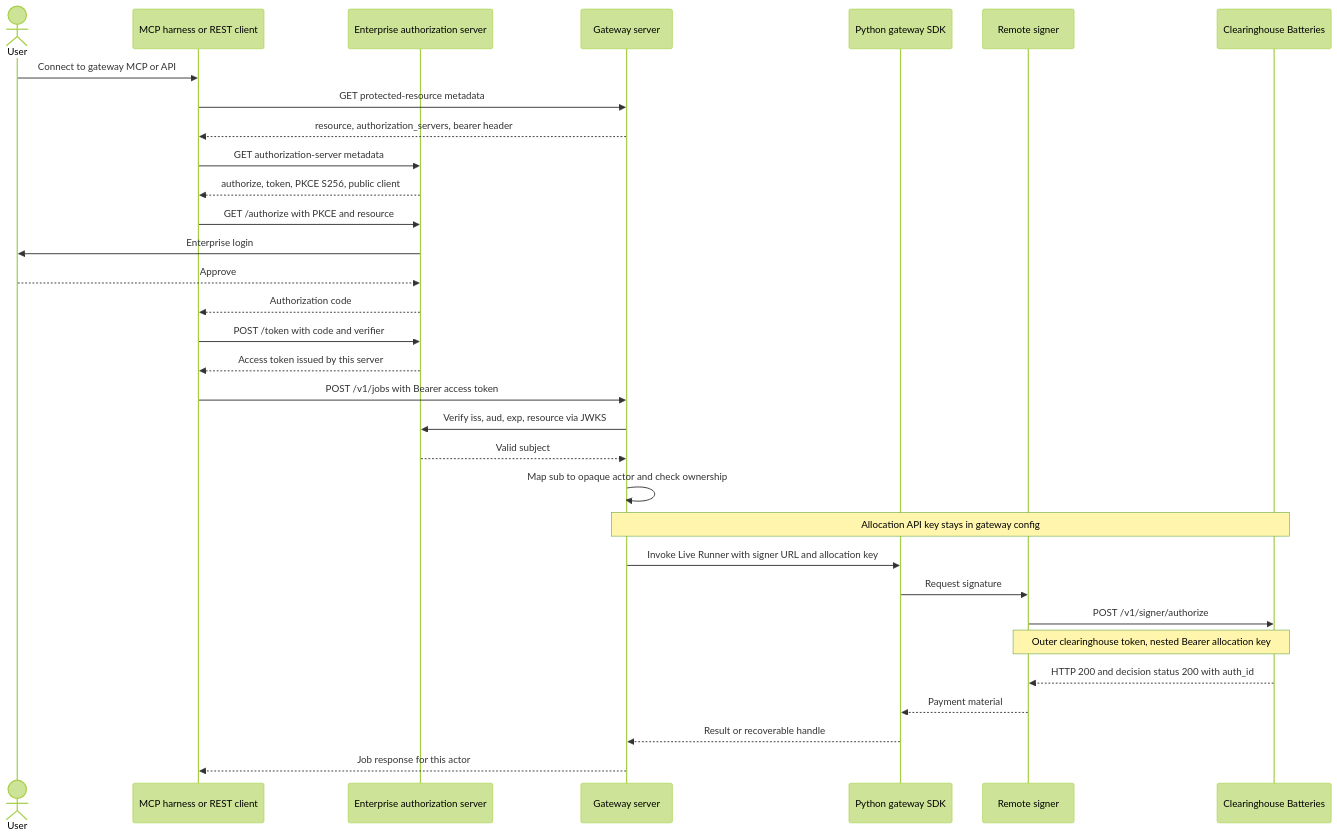
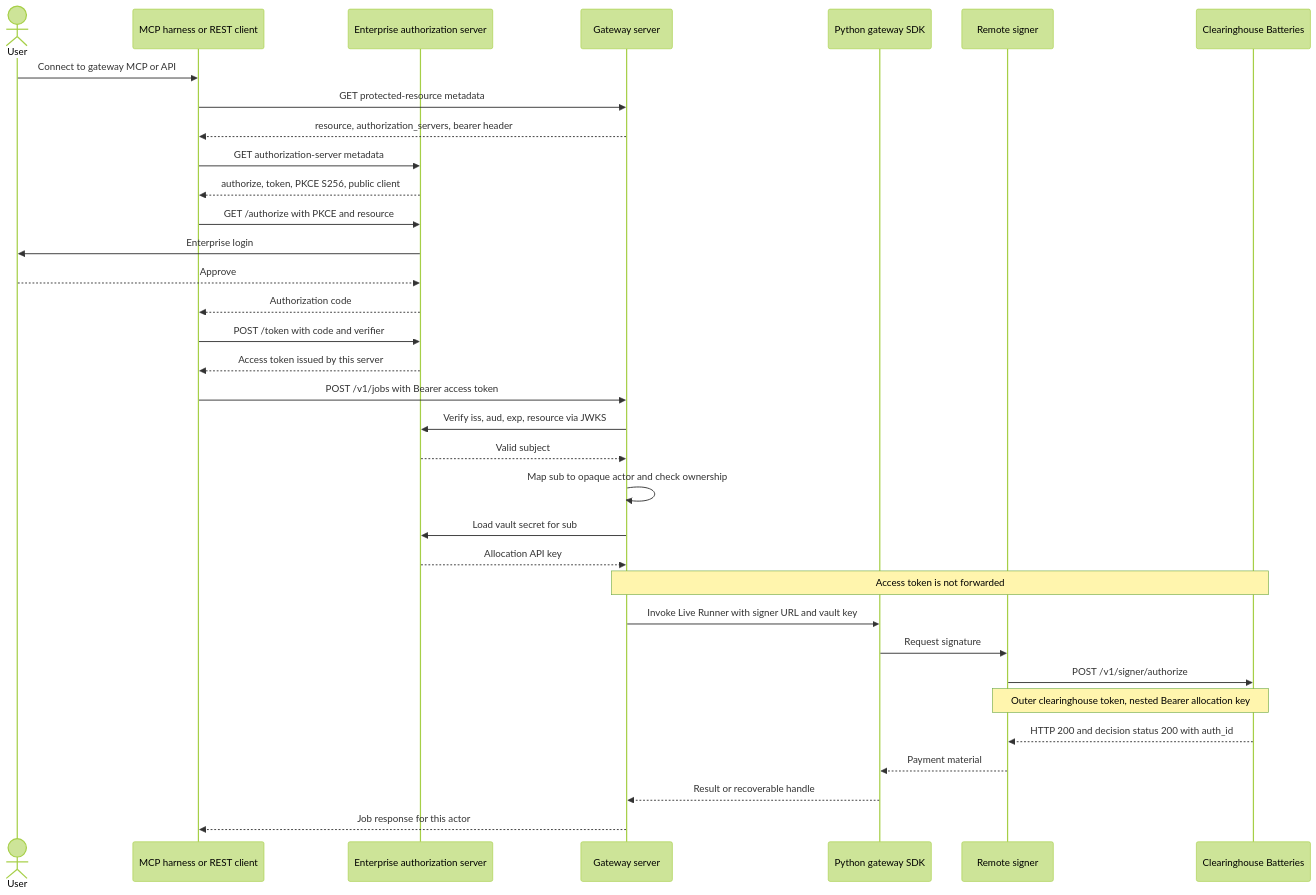
One commit to eliteprox/Network-Engineering-SPE changed the diagram in docs/design-docs/enterprise-authorization-server.md. Above: the diagram before and after it, drawn with Mermaid (forest theme). The commit also changed other lines of this file and 7 other files, not shown here.

````diff
--- a/docs/design-docs/enterprise-authorization-server.md
+++ b/docs/design-docs/enterprise-authorization-server.md
@@ -38,35 +48,37 @@
 ```mermaid
 sequenceDiagram
     actor User
     participant Harness as MCP harness or REST client
     participant AS as Enterprise authorization server
     participant GW as Gateway server
     participant SDK as Python gateway SDK
     participant Signer as Remote signer
     participant CH as Clearinghouse Batteries
 
     User->>Harness: Connect to gateway MCP or API
     Harness->>GW: GET protected-resource metadata
     GW-->>Harness: resource, authorization_servers, bearer header
     Harness->>AS: GET authorization-server metadata
     AS-->>Harness: authorize, token, PKCE S256, public client
     Harness->>AS: GET /authorize with PKCE and resource
     AS->>User: Enterprise login
     User-->>AS: Approve
     AS-->>Harness: Authorization code
     Harness->>AS: POST /token with code and verifier
     AS-->>Harness: Access token issued by this server
     Harness->>GW: POST /v1/jobs with Bearer access token
     GW->>AS: Verify iss, aud, exp, resource via JWKS
     AS-->>GW: Valid subject
     GW->>GW: Map sub to opaque actor and check ownership
-    Note over GW,CH: Allocation API key stays in gateway config
-    GW->>SDK: Invoke Live Runner with signer URL and allocation key
+    GW->>AS: Load vault secret for sub
+    AS-->>GW: Allocation API key
+    Note over GW,CH: Access token is not forwarded
+    GW->>SDK: Invoke Live Runner with signer URL and vault key
     SDK->>Signer: Request signature
     Signer->>CH: POST /v1/signer/authorize
     Note over Signer,CH: Outer clearinghouse token, nested Bearer allocation key
     CH-->>Signer: HTTP 200 and decision status 200 with auth_id
     Signer-->>SDK: Payment material
     SDK-->>GW: Result or recoverable handle
     GW-->>Harness: Job response for this actor
 ```
````
